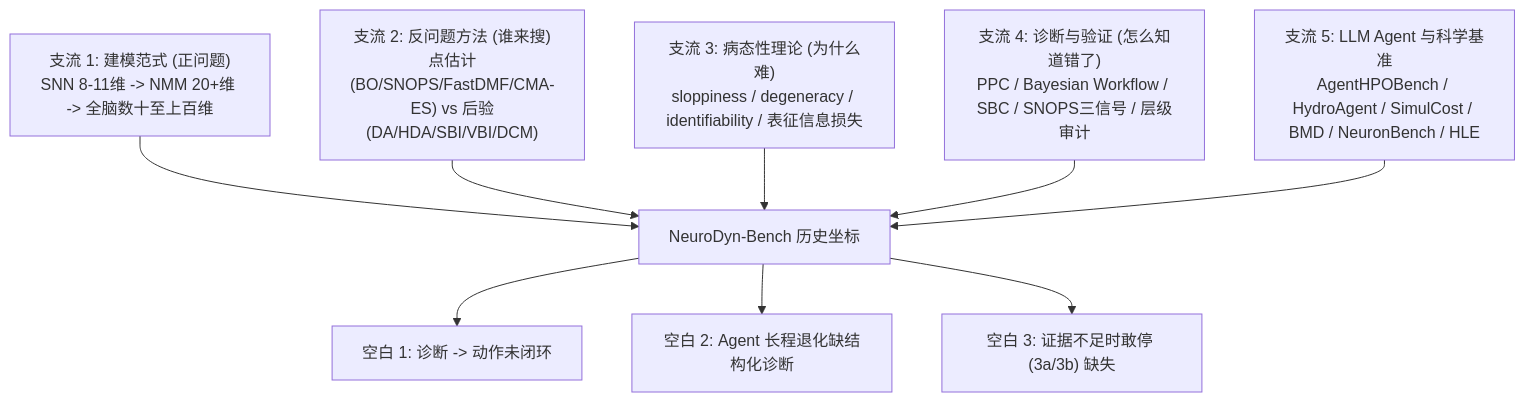
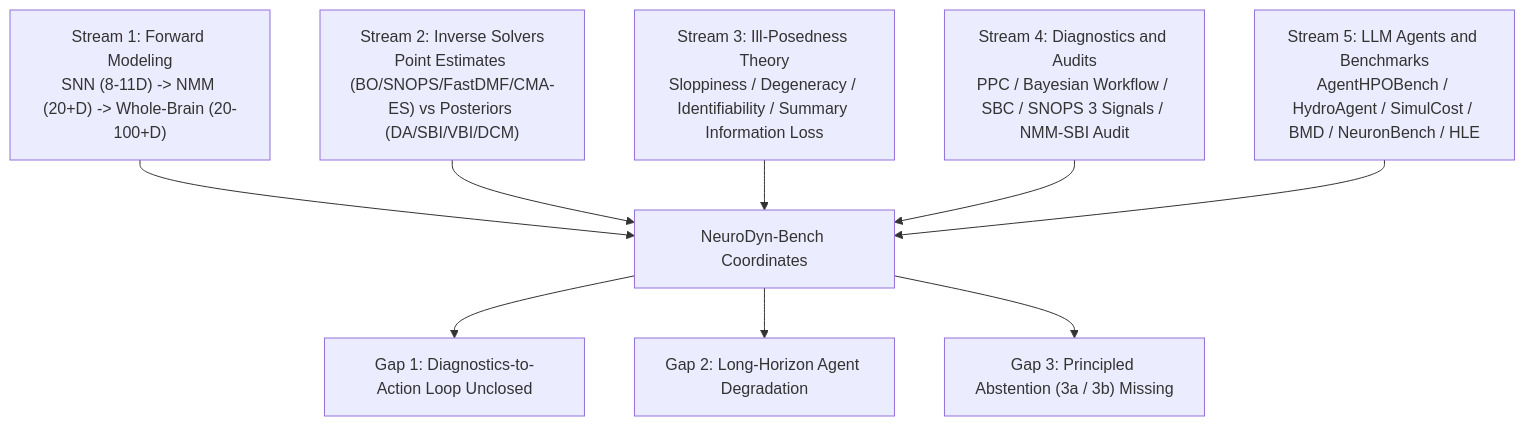
One commit to wsuli615/NeuroDyn-Bench changed the diagram in docs/literature_and_gaps.md. Above: the diagram before and after it, drawn with Mermaid. The commit also changed other lines of this file and 12 other files, not shown here.

````diff
--- a/docs/literature_and_gaps.md
+++ b/docs/literature_and_gaps.md
@@ -9,11 +9,11 @@
 ```mermaid
 flowchart TD
-    b1["支流 1: 建模范式 (正问题)<br/>SNN 8-11维 -> NMM 20+维 -> 全脑数十至上百维"] --> gap["NeuroDyn-Bench 历史坐标"]
-    b2["支流 2: 反问题方法 (谁来搜)<br/>点估计(BO/SNOPS/FastDMF/CMA-ES) vs 后验(DA/HDA/SBI/VBI/DCM)"] --> gap
-    b3["支流 3: 病态性理论 (为什么难)<br/>sloppiness / degeneracy / identifiability / 表征信息损失"] --> gap
-    b4["支流 4: 诊断与验证 (怎么知道错了)<br/>PPC / Bayesian Workflow / SBC / SNOPS三信号 / 层级审计"] --> gap
-    b5["支流 5: LLM Agent 与科学基准<br/>AgentHPOBench / HydroAgent / SimulCost / BMD / NeuronBench / HLE"] --> gap
-    gap --> g1["空白 1: 诊断 -> 动作未闭环"]
-    gap --> g2["空白 2: Agent 长程退化缺结构化诊断"]
-    gap --> g3["空白 3: 证据不足时敢停 (3a/3b) 缺失"]
+    b1["Stream 1: Forward Modeling<br/>SNN (8-11D) -> NMM (20+D) -> Whole-Brain (20-100+D)"] --> gap["NeuroDyn-Bench Coordinates"]
+    b2["Stream 2: Inverse Solvers<br/>Point Estimates (BO/SNOPS/FastDMF/CMA-ES) vs Posteriors (DA/SBI/VBI/DCM)"] --> gap
+    b3["Stream 3: Ill-Posedness Theory<br/>Sloppiness / Degeneracy / Identifiability / Summary Information Loss"] --> gap
+    b4["Stream 4: Diagnostics and Audits<br/>PPC / Bayesian Workflow / SBC / SNOPS 3 Signals / NMM-SBI Audit"] --> gap
+    b5["Stream 5: LLM Agents and Benchmarks<br/>AgentHPOBench / HydroAgent / SimulCost / BMD / NeuronBench / HLE"] --> gap
+    gap --> g1["Gap 1: Diagnostics-to-Action Loop Unclosed"]
+    gap --> g2["Gap 2: Long-Horizon Agent Degradation"]
+    gap --> g3["Gap 3: Principled Abstention (3a / 3b) Missing"]
 ```
````
